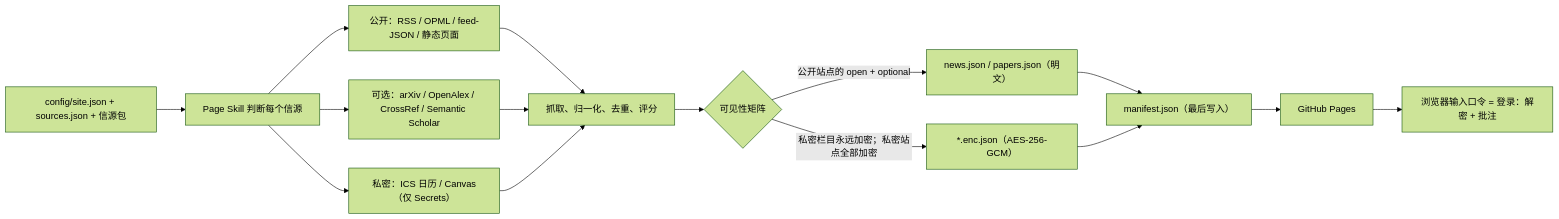
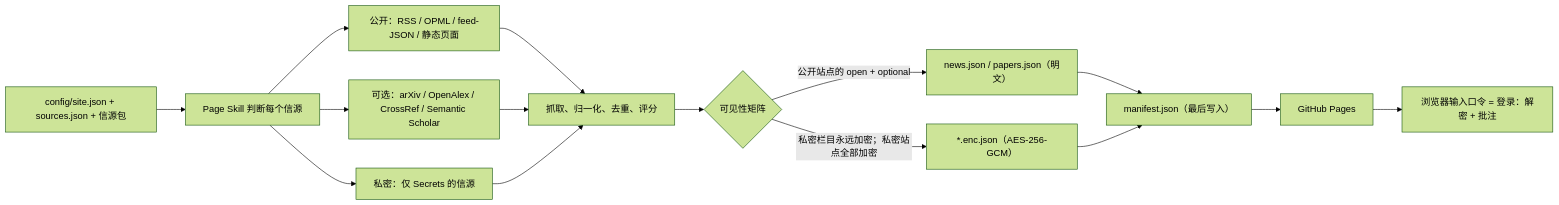
One commit to PleiadesM/Relevance changed the diagram in README.zh.md. Above: the diagram before and after it, drawn with Mermaid (forest theme). The commit also changed other lines of this file and 64 other files, not shown here.

First line of the commit message:
Remove Schedule and Courses (ics/canvas) across pipeline, frontend, docs, and tests

````diff
--- a/README.zh.md
+++ b/README.zh.md
@@ -150,21 +146,21 @@
 ```mermaid
 flowchart LR
     config["config/site.json + sources.json + 信源包"] --> classify["Page Skill 判断每个信源"]
 
     classify --> open["公开：RSS / OPML / feed-JSON / 静态页面"]
     classify --> optional["可选：arXiv / OpenAlex / CrossRef / Semantic Scholar"]
-    classify --> private["私密：ICS 日历 / Canvas（仅 Secrets）"]
+    classify --> private["私密：仅 Secrets 的信源"]
 
     open --> pipeline["抓取、归一化、去重、评分"]
     optional --> pipeline
     private --> pipeline
 
     pipeline --> matrix{"可见性矩阵"}
     matrix -->|"公开站点的 open + optional"| plain["news.json / papers.json（明文）"]
     matrix -->|"私密栏目永远加密；私密站点全部加密"| enc["*.enc.json（AES-256-GCM）"]
 
     plain --> manifest["manifest.json（最后写入）"]
     enc --> manifest
     manifest --> pages["GitHub Pages"]
     pages --> unlock["浏览器输入口令 = 登录：解密 + 批注"]
 ```
````
